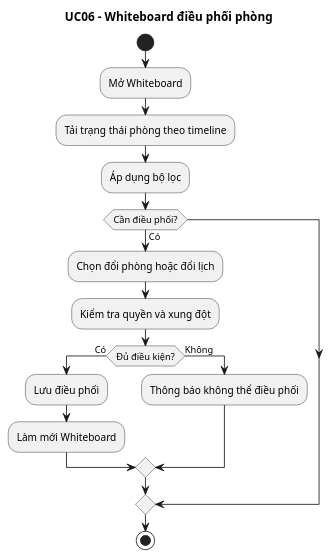
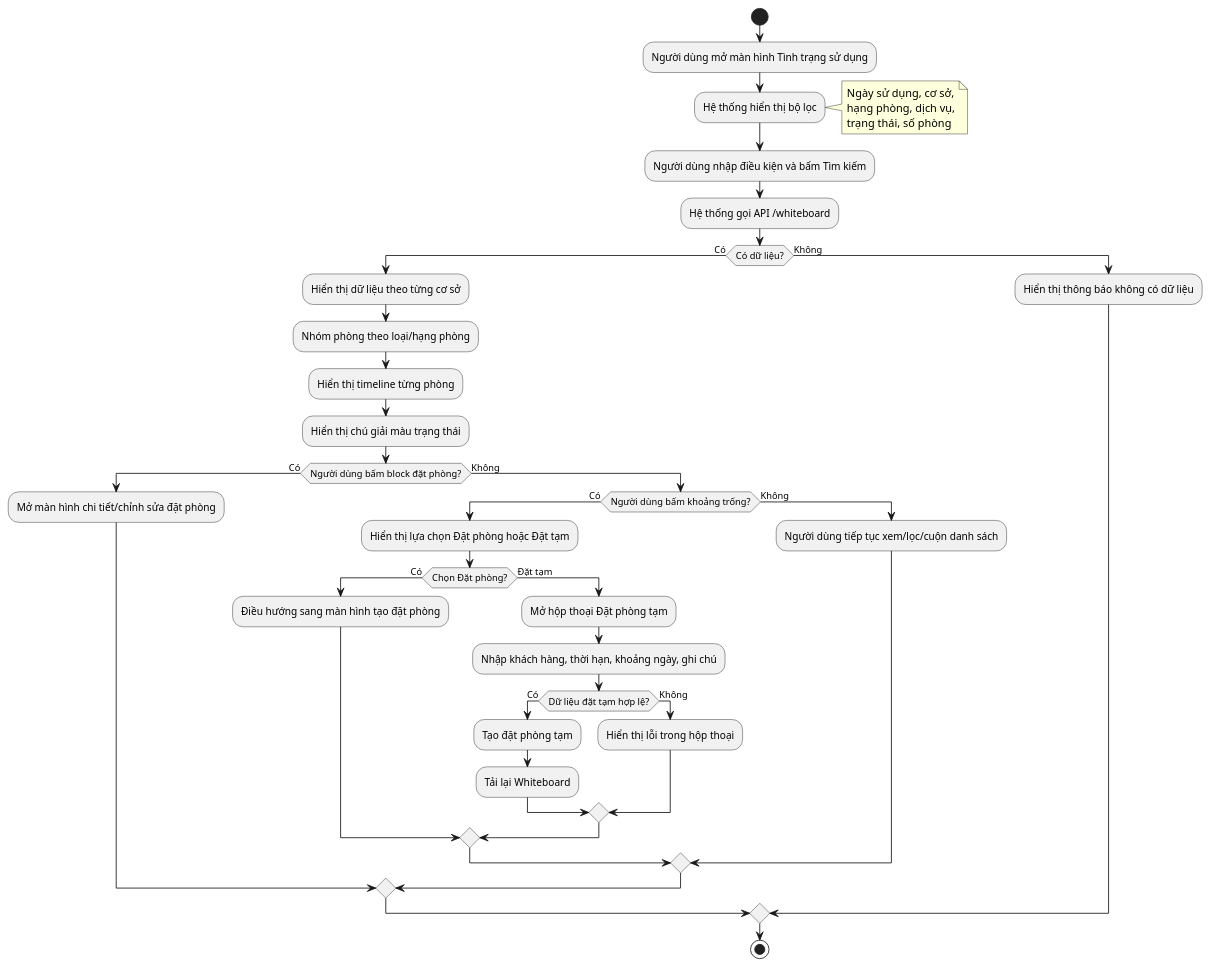
The diagram in docs/activity_diagram/uc06-whiteboard-dispatch.puml (Dinhpham04/DA-KLTN_HOTEL_MANAGEMENT), drawn with PlantUML before and after one commit. The commit also changed 92 other files, not shown here.

```diff
--- a/docs/activity_diagram/uc06-whiteboard-dispatch.puml
+++ b/docs/activity_diagram/uc06-whiteboard-dispatch.puml
@@ -1,18 +1,47 @@
-@startuml uc06_whiteboard_dispatch
-title UC06 - Whiteboard điều phối phòng
+@startuml uc06_whiteboard_usage_situation
 start
-:Mở Whiteboard;
-:Tải trạng thái phòng theo timeline;
-:Áp dụng bộ lọc;
-if (Cần điều phối?) then (Có)
-  :Chọn đổi phòng hoặc đổi lịch;
-  :Kiểm tra quyền và xung đột;
-  if (Đủ điều kiện?) then (Có)
-    :Lưu điều phối;
-    :Làm mới Whiteboard;
+
+:Người dùng mở màn hình Tình trạng sử dụng;
+:Hệ thống hiển thị bộ lọc;
+note right
+  Ngày sử dụng, cơ sở,
+  hạng phòng, dịch vụ,
+  trạng thái, số phòng
+end note
+
+:Người dùng nhập điều kiện và bấm Tìm kiếm;
+:Hệ thống gọi API /whiteboard;
+
+if (Có dữ liệu?) then (Có)
+  :Hiển thị dữ liệu theo từng cơ sở;
+  :Nhóm phòng theo loại/hạng phòng;
+  :Hiển thị timeline từng phòng;
+  :Hiển thị chú giải màu trạng thái;
+
+  if (Người dùng bấm block đặt phòng?) then (Có)
+    :Mở màn hình chi tiết/chỉnh sửa đặt phòng;
   else (Không)
-    :Thông báo không thể điều phối;
+    if (Người dùng bấm khoảng trống?) then (Có)
+      :Hiển thị lựa chọn Đặt phòng hoặc Đặt tạm;
+      if (Chọn Đặt phòng?) then (Có)
+        :Điều hướng sang màn hình tạo đặt phòng;
+      else (Đặt tạm)
+        :Mở hộp thoại Đặt phòng tạm;
+        :Nhập khách hàng, thời hạn, khoảng ngày, ghi chú;
+        if (Dữ liệu đặt tạm hợp lệ?) then (Có)
+          :Tạo đặt phòng tạm;
+          :Tải lại Whiteboard;
+        else (Không)
+          :Hiển thị lỗi trong hộp thoại;
+        endif
+      endif
+    else (Không)
+      :Người dùng tiếp tục xem/lọc/cuộn danh sách;
+    endif
   endif
+else (Không)
+  :Hiển thị thông báo không có dữ liệu;
 endif
+
 stop
 @enduml
```
